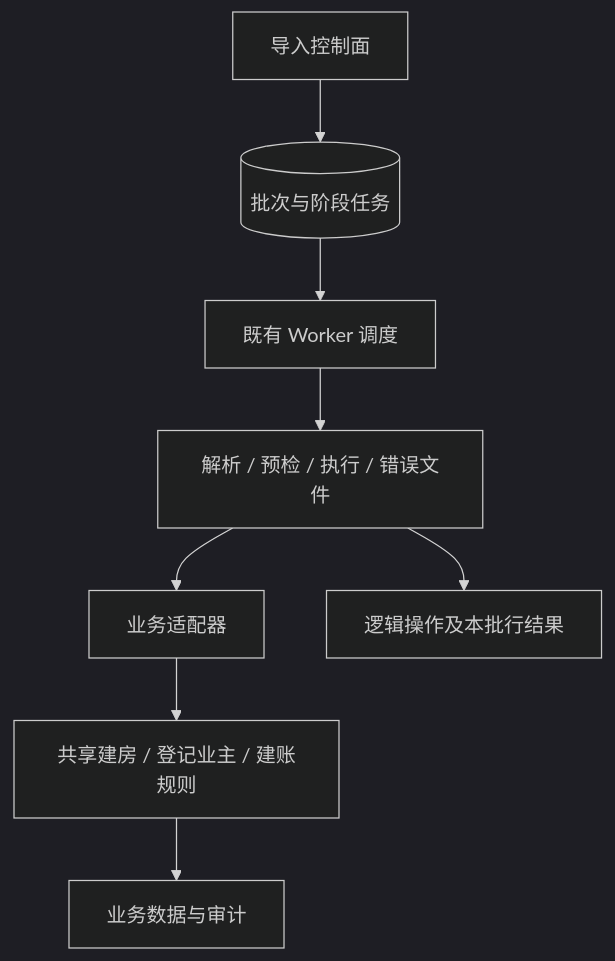
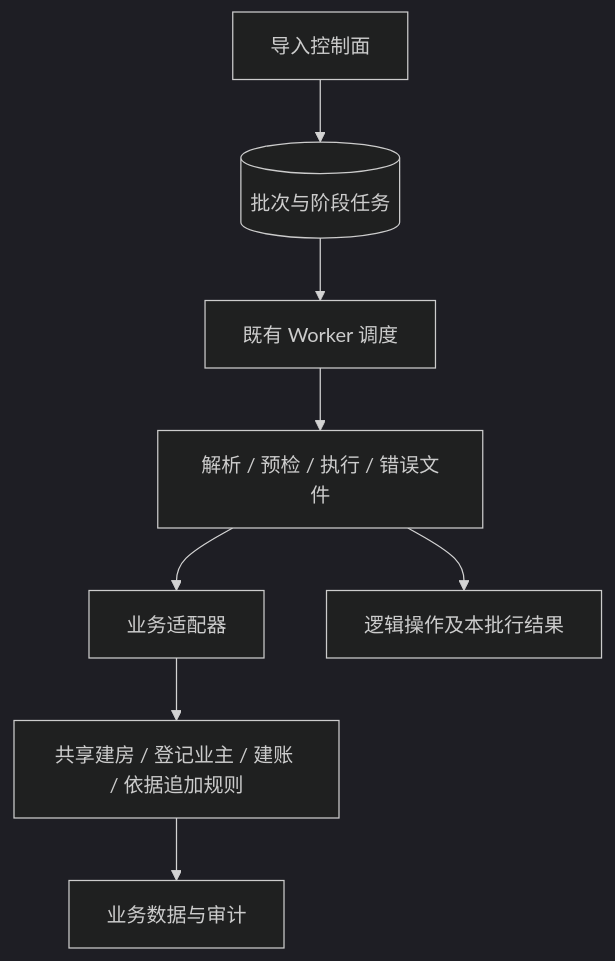
Before and after one commit to entimm/ezcmty: the first of 2 diagrams in docs/handbook/modules/imports/execution.md, drawn with Mermaid (dark theme). The commit also changed other lines of this file and 28 other files, not shown here.

````diff
--- a/docs/handbook/modules/imports/execution.md
+++ b/docs/handbook/modules/imports/execution.md
@@ -5,10 +5,10 @@
 ```mermaid
 flowchart TD
     A[导入控制面] --> B[(批次与阶段任务)]
     B --> W[既有 Worker 调度]
     W --> P[解析 / 预检 / 执行 / 错误文件]
     P --> D[业务适配器]
-    D --> S[共享建房 / 登记业主 / 建账规则]
+    D --> S[共享建房 / 登记业主 / 建账 / 依据追加规则]
     S --> T[业务数据与审计]
     P --> L[逻辑操作及本批行结果]
 ```
````
